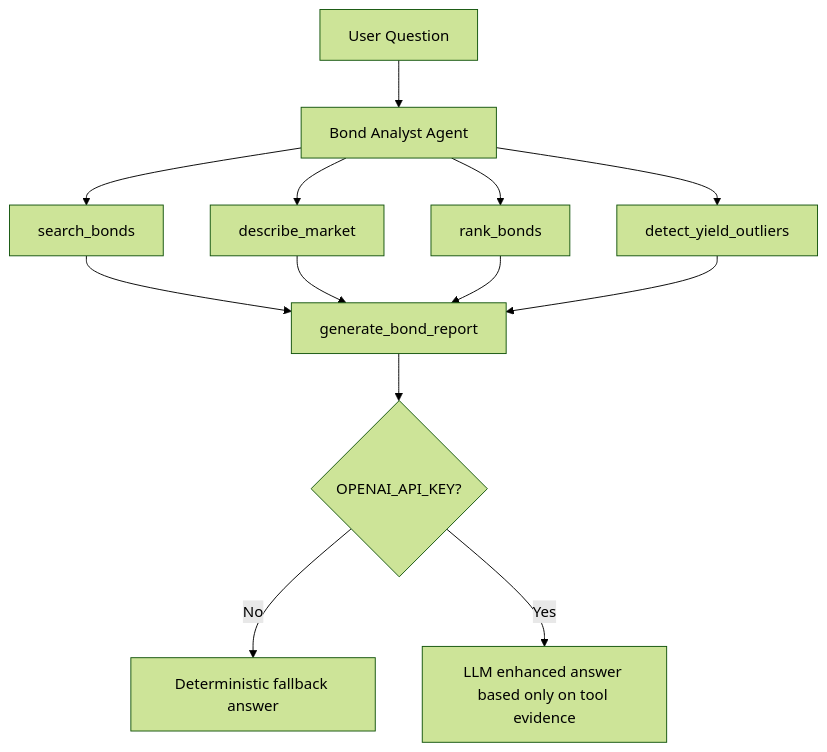
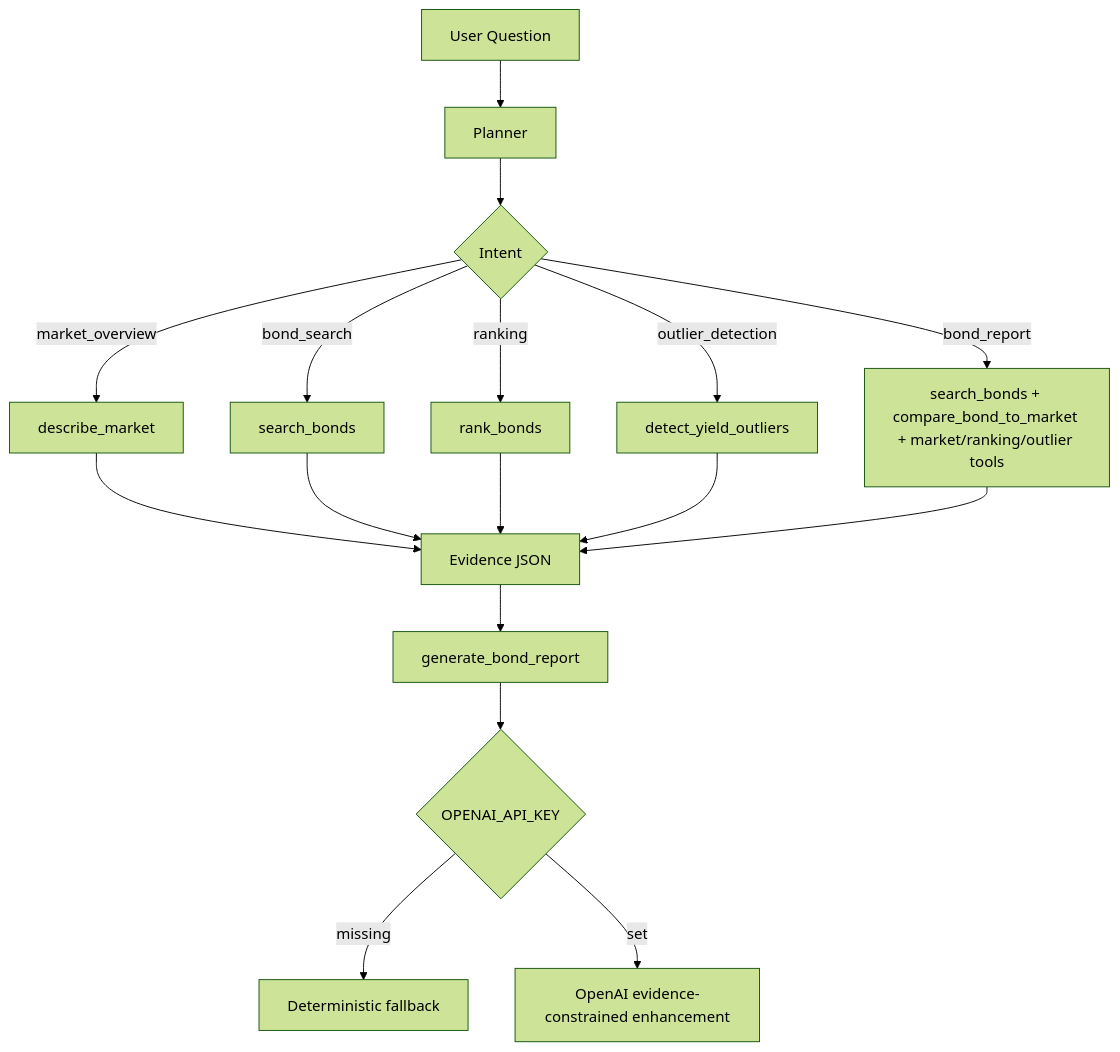
The diagram in README.md (Phoenix0531-sudo/bondlens-ai), drawn with Mermaid (forest theme) before and after one commit. The commit also changed other lines of this file and 9 other files, not shown here.

````diff
--- a/README.md
+++ b/README.md
@@ -50,15 +47,19 @@
 ```mermaid
 flowchart TD
-    A[User Question] --> B[Bond Analyst Agent]
-    B --> C[search_bonds]
-    B --> D[describe_market]
-    B --> E[rank_bonds]
-    B --> F[detect_yield_outliers]
-    C --> G[generate_bond_report]
-    D --> G
-    E --> G
-    F --> G
-    G --> H{OPENAI_API_KEY?}
-    H -->|No| I[Deterministic fallback answer]
-    H -->|Yes| J[LLM enhanced answer based only on tool evidence]
+    A[User Question] --> B[Planner]
+    B --> C{Intent}
+    C -->|market_overview| D[describe_market]
+    C -->|bond_search| E[search_bonds]
+    C -->|ranking| F[rank_bonds]
+    C -->|outlier_detection| G[detect_yield_outliers]
+    C -->|bond_report| H[search_bonds + compare_bond_to_market + market/ranking/outlier tools]
+    D --> I[Evidence JSON]
+    E --> I
+    F --> I
+    G --> I
+    H --> I
+    I --> J[generate_bond_report]
+    J --> K{OPENAI_API_KEY}
+    K -->|missing| L[Deterministic fallback]
+    K -->|set| M[OpenAI evidence-constrained enhancement]
 ```
````
